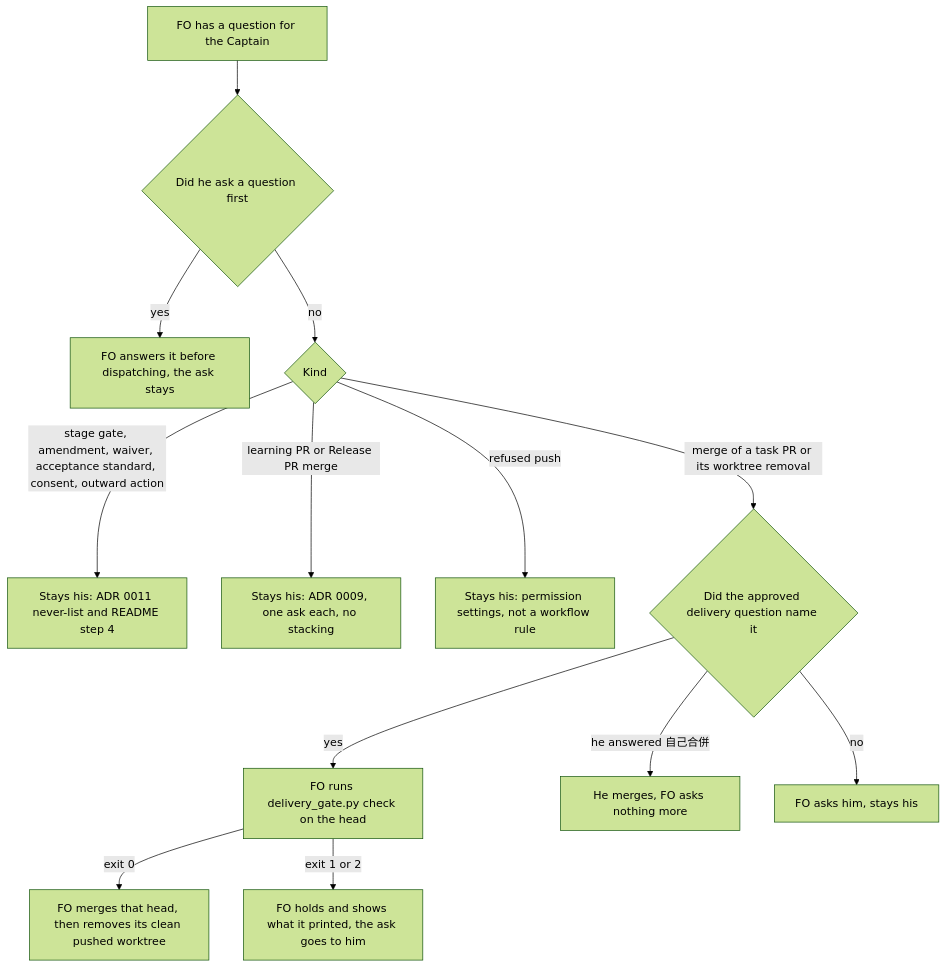
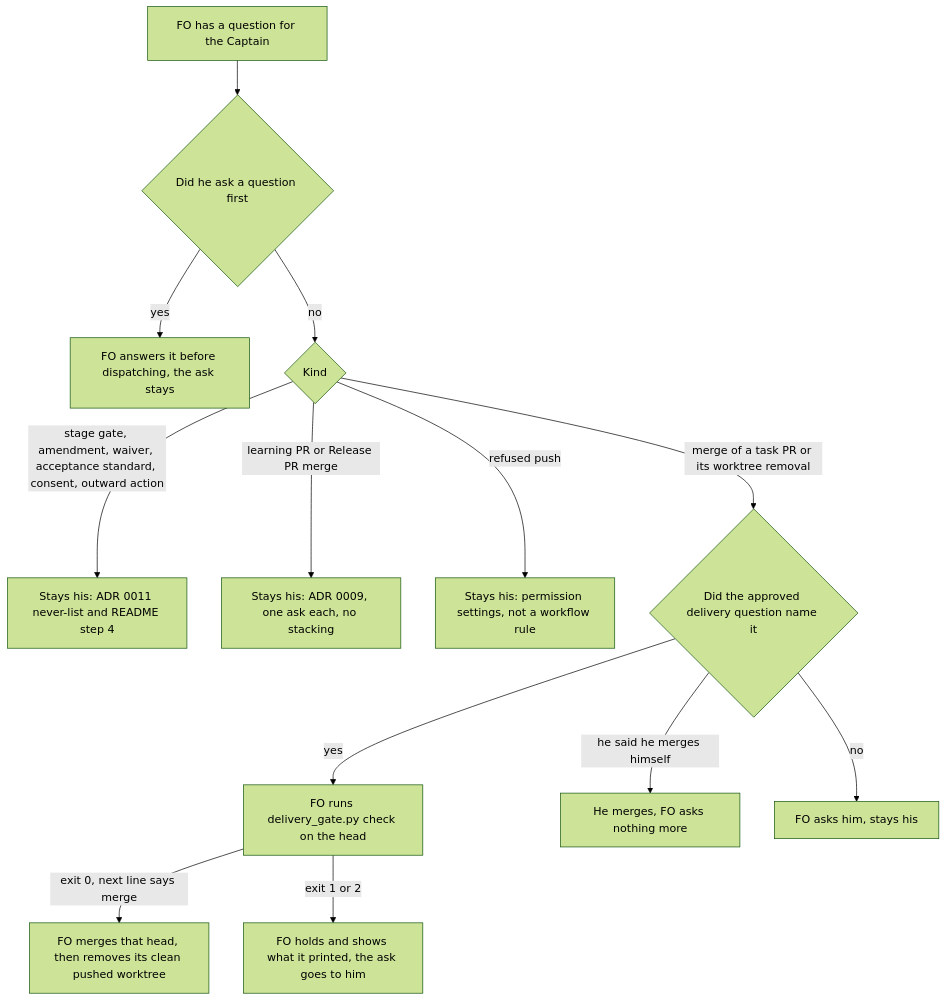
The diagram in captain-question-load.md (iamcxa/kc-claude-plugins), drawn with Mermaid (forest theme) before and after one commit. The commit also changed other lines of this file, not shown here.

Commit message:
ideation: captain-question-load adds the delivery_gate next line, per-task AC-5 and limits

````diff
--- a/captain-question-load.md
+++ b/captain-question-load.md
@@ -120,15 +120,15 @@
 ```mermaid
 flowchart TD
   A[FO has a question for the Captain] --> Q{Did he ask a question first}
   Q -->|yes| QA[FO answers it before dispatching, the ask stays]
   Q -->|no| K{Kind}
   K -->|stage gate, amendment, waiver, acceptance standard, consent, outward action| S1[Stays his: ADR 0011 never-list and README step 4]
   K -->|learning PR or Release PR merge| S2[Stays his: ADR 0009, one ask each, no stacking]
   K -->|refused push| S3[Stays his: permission settings, not a workflow rule]
   K -->|merge of a task PR or its worktree removal| D{Did the approved delivery question name it}
   D -->|yes| R1[FO runs delivery_gate.py check on the head]
-  R1 -->|exit 0| R2[FO merges that head, then removes its clean pushed worktree]
+  R1 -->|exit 0, next line says merge| R2[FO merges that head, then removes its clean pushed worktree]
   R1 -->|exit 1 or 2| R3[FO holds and shows what it printed, the ask goes to him]
-  D -->|he answered 自己合併| R4[He merges, FO asks nothing more]
+  D -->|he said he merges himself| R4[He merges, FO asks nothing more]
   D -->|no| S4[FO asks him, stays his]
 ```
````
